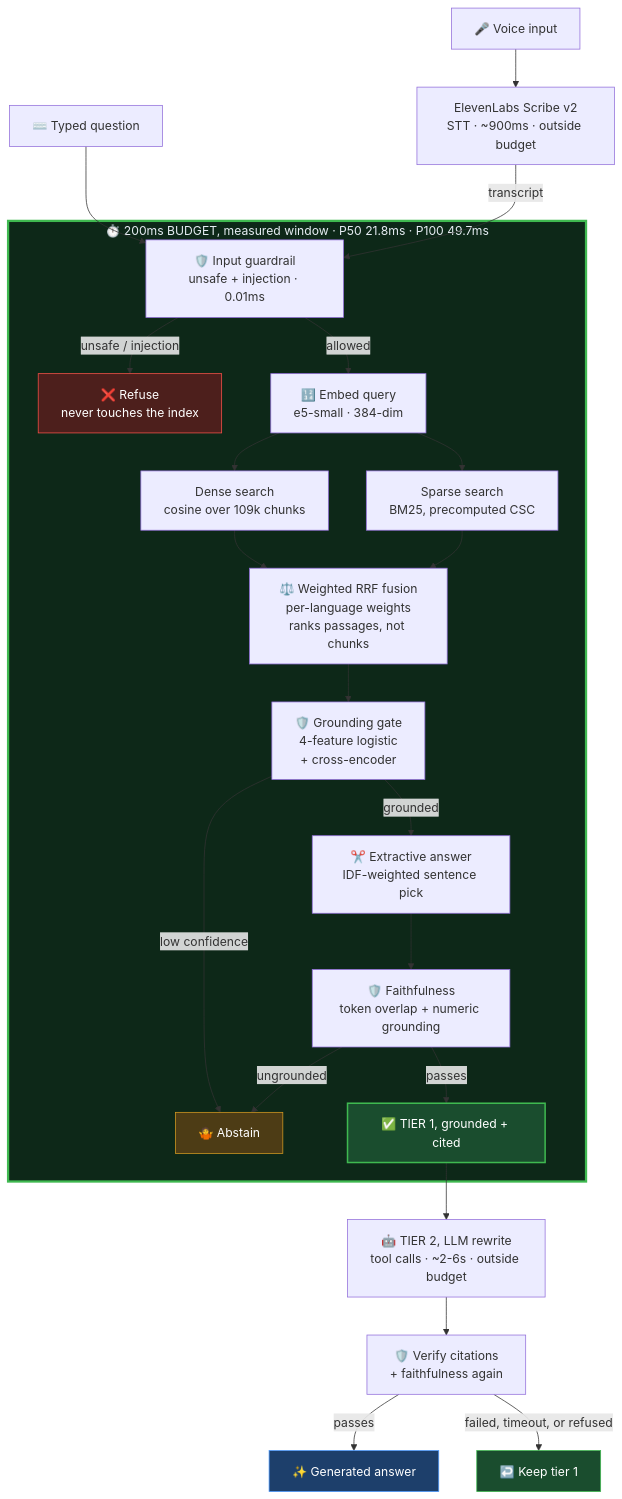
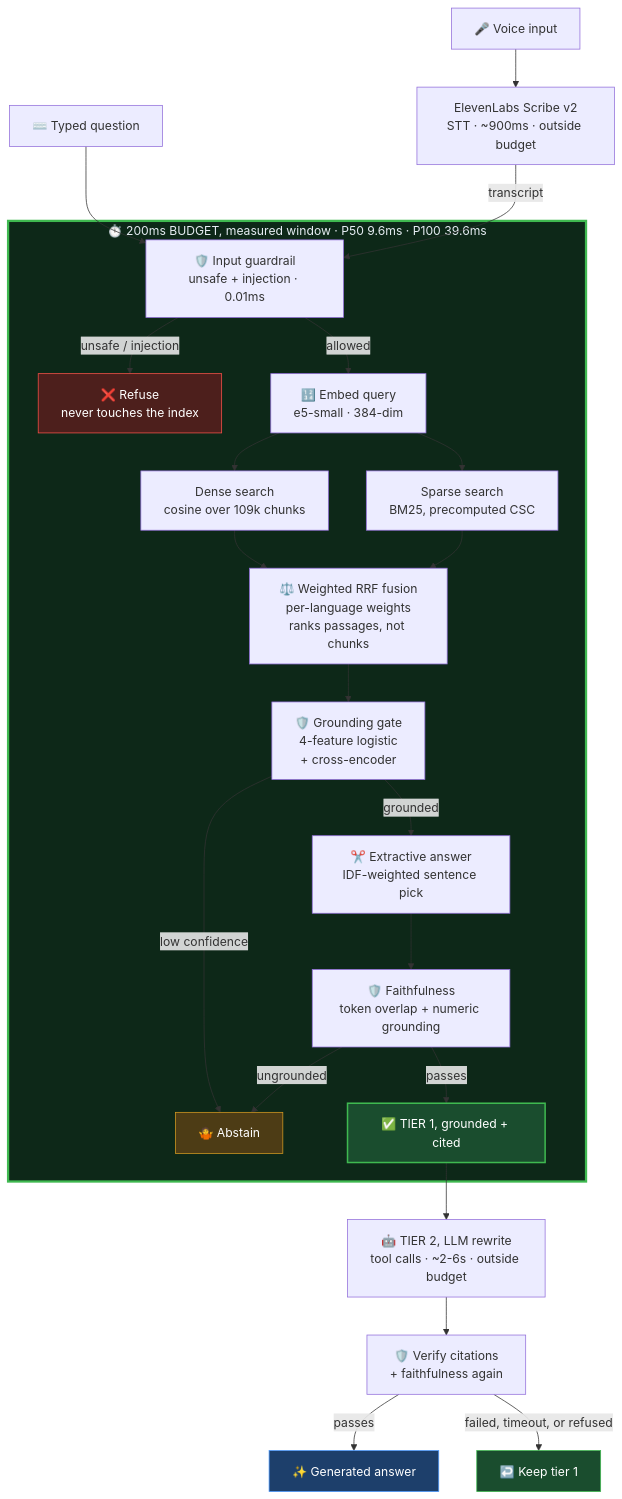
One commit to Arav-Arun/HHgoa-Voice-RAG changed the first of 6 diagrams in README.md. Above: the diagram before and after it, drawn with Mermaid. The commit also changed other lines of this file and 16 other files, not shown here.

````diff
--- a/README.md
+++ b/README.md
@@ -48,34 +48,34 @@
 ```mermaid
 flowchart TD
     MIC["🎤 Voice input"] --> STT["ElevenLabs Scribe v2<br/>STT · ~900ms · outside budget"]
     TXT["⌨️ Typed question"] --> G1
     STT -->|transcript| G1
 
-    subgraph BUDGET["⏱️ 200ms BUDGET, measured window · P50 21.8ms · P100 49.7ms"]
+    subgraph BUDGET["⏱️ 200ms BUDGET, measured window · P50 9.6ms · P100 39.6ms"]
         G1["🛡️ Input guardrail<br/>unsafe + injection · 0.01ms"]
         G1 -->|"unsafe / injection"| REFUSE["❌ Refuse<br/>never touches the index"]
         G1 -->|allowed| EMB["🔢 Embed query<br/>e5-small · 384-dim"]
         EMB --> DENSE["Dense search<br/>cosine over 109k chunks"]
         EMB --> SPARSE["Sparse search<br/>BM25, precomputed CSC"]
         DENSE --> RRF["⚖️ Weighted RRF fusion<br/>per-language weights<br/>ranks passages, not chunks"]
         SPARSE --> RRF
         RRF --> G2["🛡️ Grounding gate<br/>4-feature logistic<br/>+ cross-encoder"]
         G2 -->|"low confidence"| ABSTAIN["🤷 Abstain"]
         G2 -->|grounded| EXT["✂️ Extractive answer<br/>IDF-weighted sentence pick"]
         EXT --> G3["🛡️ Faithfulness<br/>token overlap + numeric grounding"]
         G3 -->|ungrounded| ABSTAIN
         G3 -->|passes| FAST["✅ TIER 1, grounded + cited"]
     end
 
     FAST --> LLM["🤖 TIER 2, LLM rewrite<br/>tool calls · ~2-6s · outside budget"]
     LLM --> G4["🛡️ Verify citations<br/>+ faithfulness again"]
     G4 -->|passes| FINAL["✨ Generated answer"]
     G4 -->|"failed, timeout, or refused"| KEEP["↩️ Keep tier 1"]
 
     style BUDGET fill:#0d2818,stroke:#3fb950,stroke-width:3px,color:#e6edf3
     style FAST fill:#1a4d2e,stroke:#3fb950,stroke-width:2px,color:#ffffff
     style FINAL fill:#1d3f6b,stroke:#4c9aff,color:#ffffff
     style KEEP fill:#1a4d2e,stroke:#3fb950,color:#ffffff
     style REFUSE fill:#4d1f1c,stroke:#f85149,color:#ffffff
     style ABSTAIN fill:#4d3c15,stroke:#d29922,color:#ffffff
 ```
````
